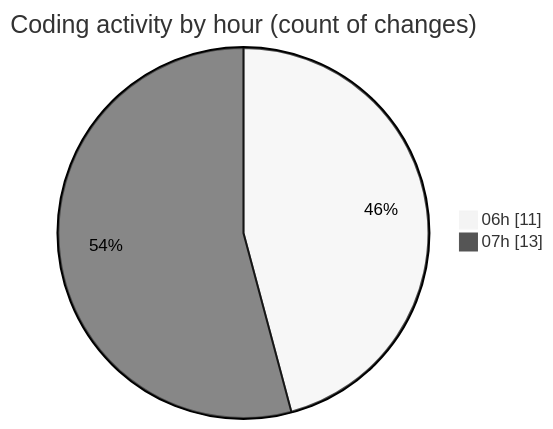
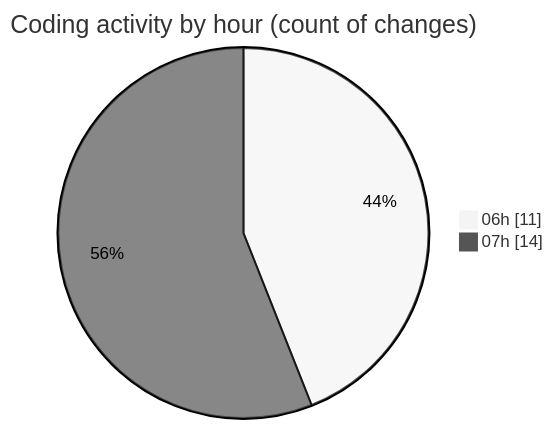
The second of 2 diagrams in 2025-01-22/mbc-web/README.md (robertbonfada/code-tracking), drawn with Mermaid (neutral theme) before and after one commit. The commit also changed other lines of this file and 1 other file, not shown here.

````diff
--- a/2025-01-22/mbc-web/README.md
+++ b/2025-01-22/mbc-web/README.md
@@ -32,6 +32,6 @@
 ```mermaid
 pie showData
 title Coding activity by hour (count of changes)
 "06h" : 11
-"07h" : 13
+"07h" : 14
 ```
````
